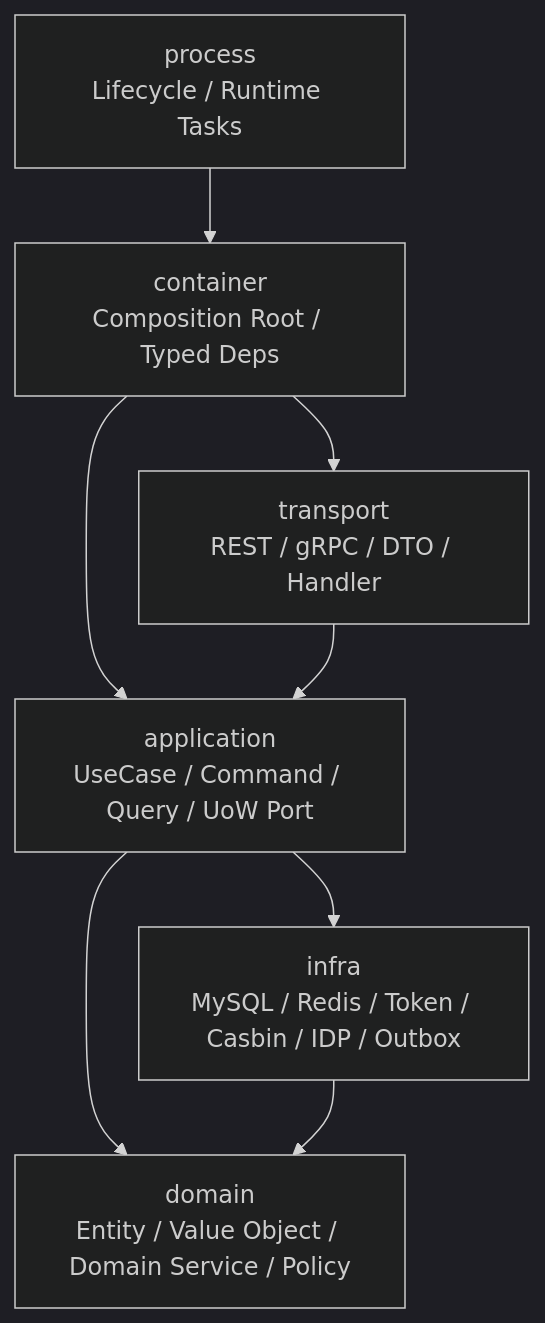
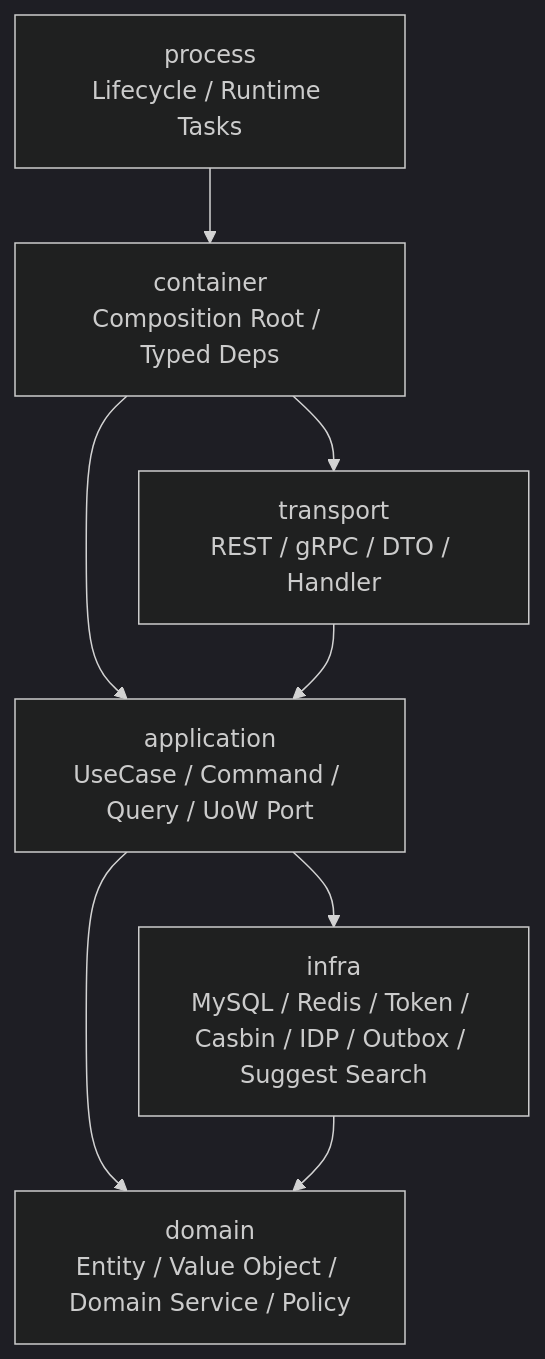
The third of 10 diagrams in docs/00-概览/01-系统架构总览.md (FangcunMount/iam), drawn with Mermaid (dark theme) before and after one commit. The commit also changed other lines of this file and 16 other files, not shown here.

````diff
--- a/docs/00-概览/01-系统架构总览.md
+++ b/docs/00-概览/01-系统架构总览.md
@@ -228,17 +240,17 @@
 ```mermaid
 flowchart TD
     Process["process<br/>Lifecycle / Runtime Tasks"]
     Container["container<br/>Composition Root / Typed Deps"]
     Transport["transport<br/>REST / gRPC / DTO / Handler"]
     Application["application<br/>UseCase / Command / Query / UoW Port"]
     Domain["domain<br/>Entity / Value Object / Domain Service / Policy"]
-    Infra["infra<br/>MySQL / Redis / Token / Casbin / IDP / Outbox"]
+    Infra["infra<br/>MySQL / Redis / Token / Casbin / IDP / Outbox / Suggest Search"]
 
     Process --> Container
     Container --> Transport
     Container --> Application
     Transport --> Application
     Application --> Domain
     Application --> Infra
     Infra --> Domain
 ```
````
